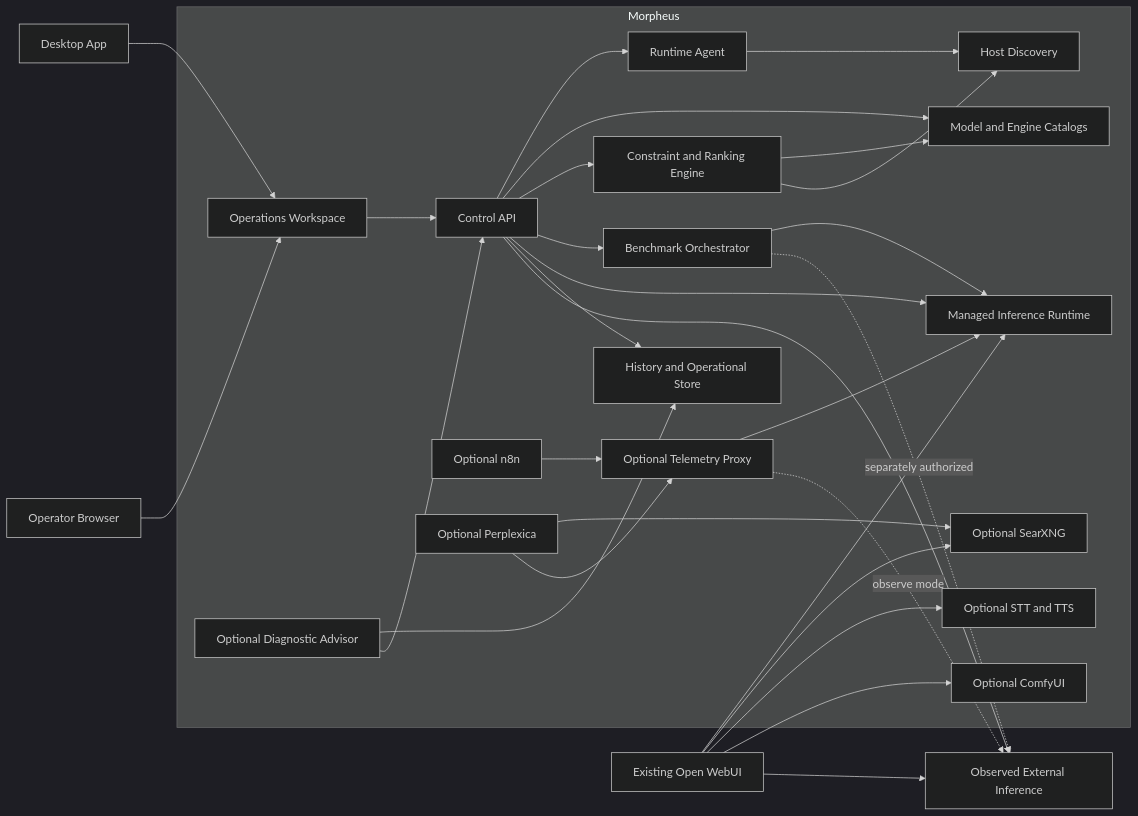
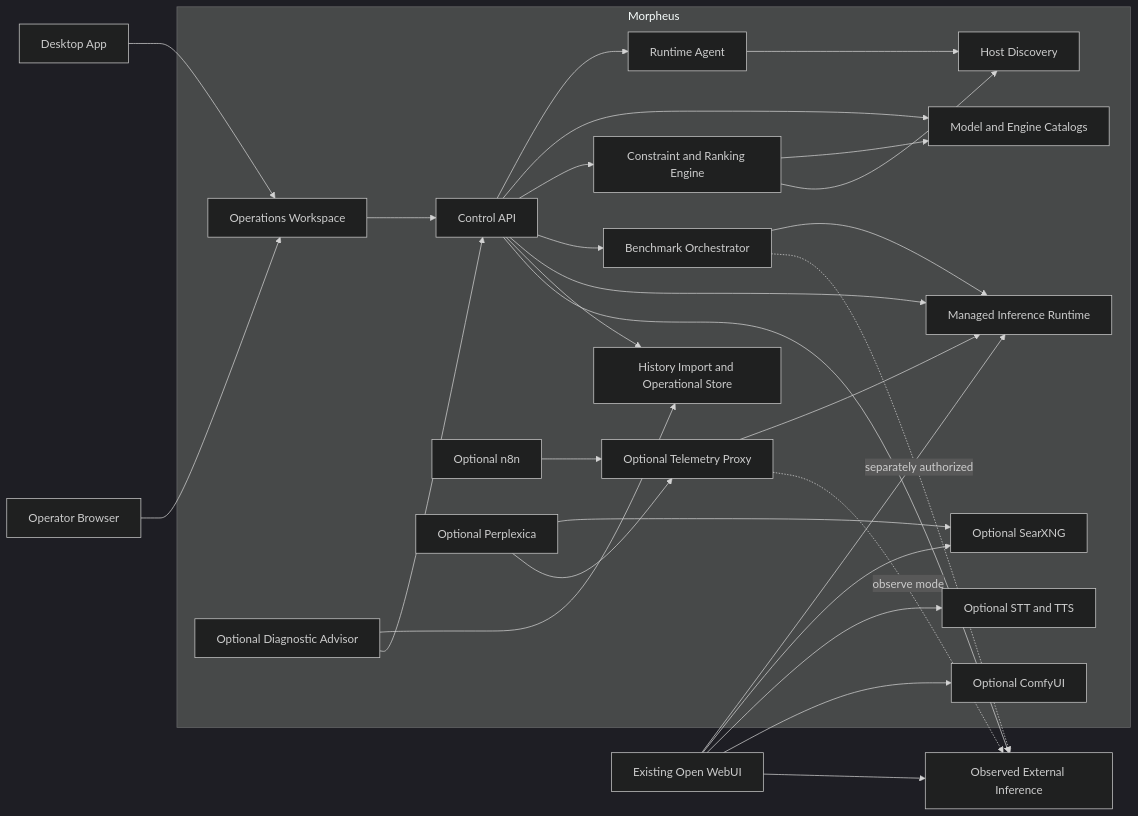
Before and after one commit to jpvelasco/morpheus: the diagram in docs/ARCHITECTURE.md, drawn with Mermaid (dark theme). The commit also changed other lines of this file and 53 other files, not shown here.

````diff
--- a/docs/ARCHITECTURE.md
+++ b/docs/ARCHITECTURE.md
@@ -24,54 +24,54 @@
 ```mermaid
 flowchart LR
     Desktop[Desktop App]
     Browser[Operator Browser]
     WebUI[Existing Open WebUI]
     External[Observed External Inference]
 
     subgraph Morpheus
         Dashboard[Operations Workspace]
         API[Control API]
         Agent[Runtime Agent]
         Discovery[Host Discovery]
         Catalogs[Model and Engine Catalogs]
         Selector[Constraint and Ranking Engine]
         Campaigns[Benchmark Orchestrator]
         Managed[Managed Inference Runtime]
-        Store[History and Operational Store]
+        Store[History Import and Operational Store]
         Advisor[Optional Diagnostic Advisor]
         Telemetry[Optional Telemetry Proxy]
         Search[Optional SearXNG]
         Voice[Optional STT and TTS]
         Workflow[Optional n8n]
         Research[Optional Perplexica]
         Images[Optional ComfyUI]
     end
 
     Desktop --> Dashboard
     Browser --> Dashboard
     Dashboard --> API
     API --> Agent
     Agent --> Discovery
     API --> Catalogs
     API --> Selector
     Selector --> Catalogs
     Selector --> Discovery
     API --> Campaigns
     Campaigns --> Managed
     Campaigns -. separately authorized .-> External
     API --> Managed
     API --> Store
     Advisor --> Store
     Advisor --> API
     API --> External
     WebUI --> Managed
     WebUI --> External
     WebUI --> Search
     WebUI --> Voice
     WebUI --> Images
     Telemetry --> Managed
     Telemetry -. observe mode .-> External
     Workflow --> Telemetry
     Research --> Search
     Research --> Telemetry
 ```
````
